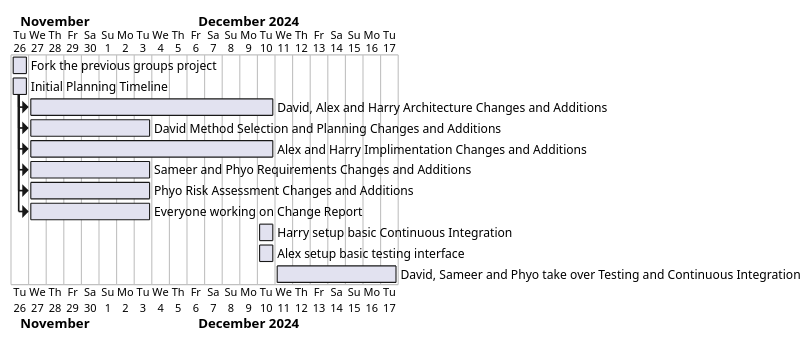
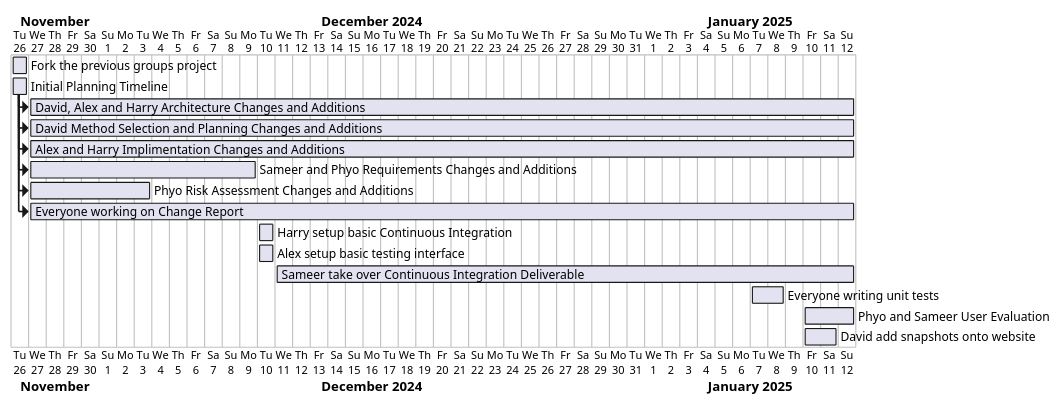
One commit to GRUMv2/Eng1Ass2Web changed the diagram in WebDocs/snapshots/planGantt.puml. Above: the diagram before and after it, drawn with PlantUML. The commit also changed 7 other files, not shown here.

Commit message:
Added new snapshots, additions to deliverables and new snapshots page

```diff
--- a/WebDocs/snapshots/planGantt.puml
+++ b/WebDocs/snapshots/planGantt.puml
@@ -1,26 +1,32 @@
 @startgantt
 [Fork the previous groups project] as [Prj1] requires 1 days
 [Initial Planning Timeline] as [Plan1] requires 1 days
-[David, Alex and Harry Architecture Changes and Additions] as [Arch2] requires 14 days
-[David Method Selection and Planning Changes and Additions] as [Plan2] requires 7 days
-[Alex and Harry Implimentation Changes and Additions] as [Imp2] requires 14 days
-[Sameer and Phyo Requirements Changes and Additions] as [Req2] requires 7 days
+[David, Alex and Harry Architecture Changes and Additions] as [Arch2] requires 47 days
+[David Method Selection and Planning Changes and Additions] as [Plan2] requires 47 days
+[Alex and Harry Implimentation Changes and Additions] as [Imp2] requires 47 days
+[Sameer and Phyo Requirements Changes and Additions] as [Req2] requires 13 days
 [Phyo Risk Assessment Changes and Additions] as [Risk2] requires 7 days
-[Everyone working on Change Report] as [CR] requires 7 days
+[Everyone working on Change Report] as [CR] requires 47 days
 [Harry setup basic Continuous Integration] as [CI1] requires 1 days
 [Alex setup basic testing interface] as [Test1] requires 1 days
-[David, Sameer and Phyo take over Testing and Continuous Integration] as [TCI] requires 7 days
+[Sameer take over Continuous Integration Deliverable] as [CI2] requires 33 days
+[Everyone writing unit tests] as [Test2] requires 2 days
+[Phyo and Sameer User Evaluation] as [UX] requires 3 days
+[David add snapshots onto website] as [web] requires 2 days
 
 Project starts 2024-11-26
 [Prj1] starts 2024-11-26
 [Plan1] starts 2024-11-26
 [Arch2] starts at [Plan1]'s end
 [Plan2] starts at [Plan1]'s end
 [Imp2] starts at [Plan1]'s end
 [Req2] starts at [Plan1]'s end
 [Risk2] starts at [Plan1]'s end
 [CR] starts at [Plan1]'s end
 [CI1] starts at 2024-12-10
 [Test1] starts at 2024-12-10
-[TCI] starts at 2024-12-11
+[CI2] starts at 2024-12-11
+[Test2] starts at 2025-01-07
+[UX] starts at 2025-01-10
+[web] starts at 2025-01-10
 @endgantt
```
